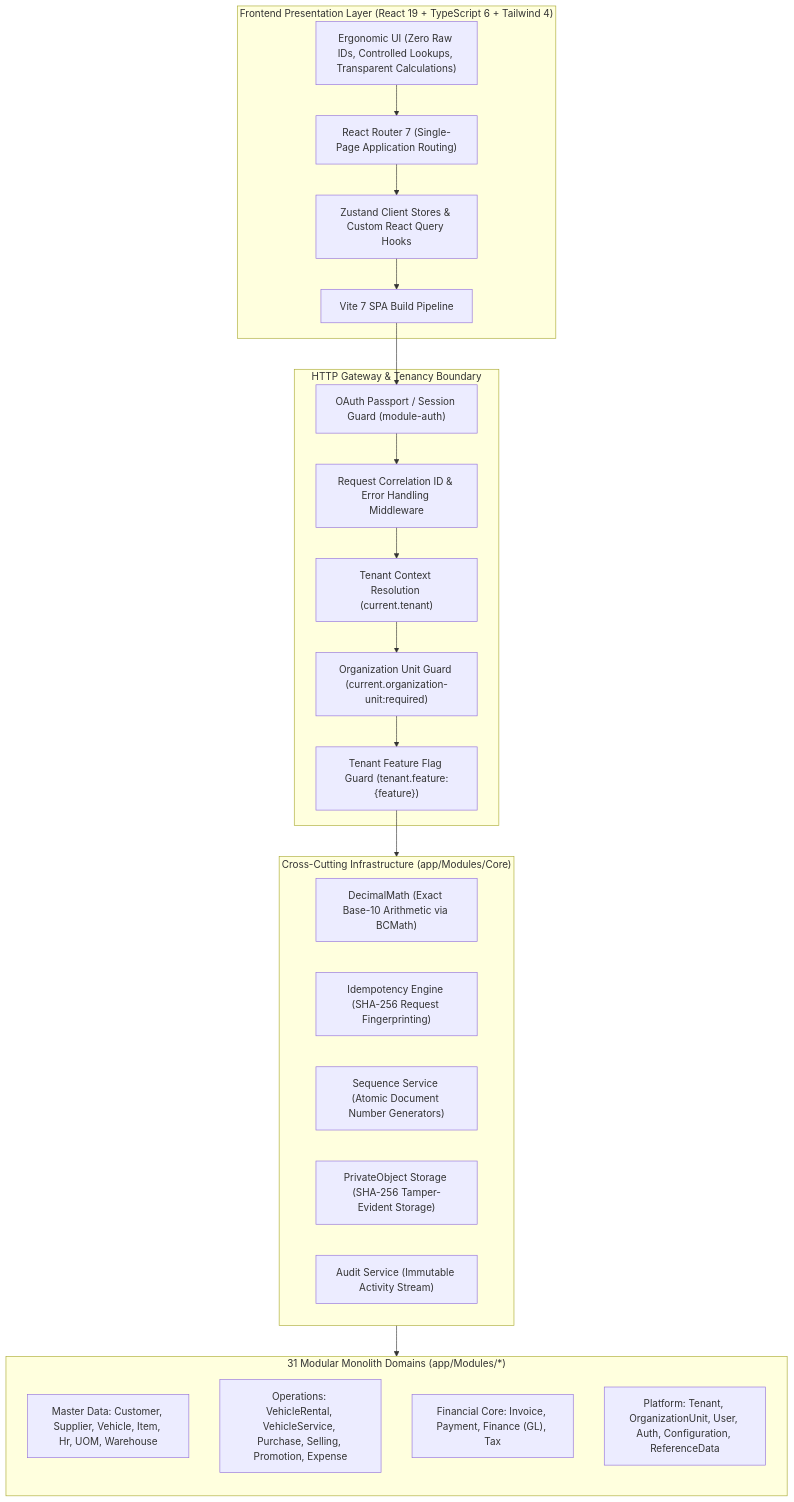
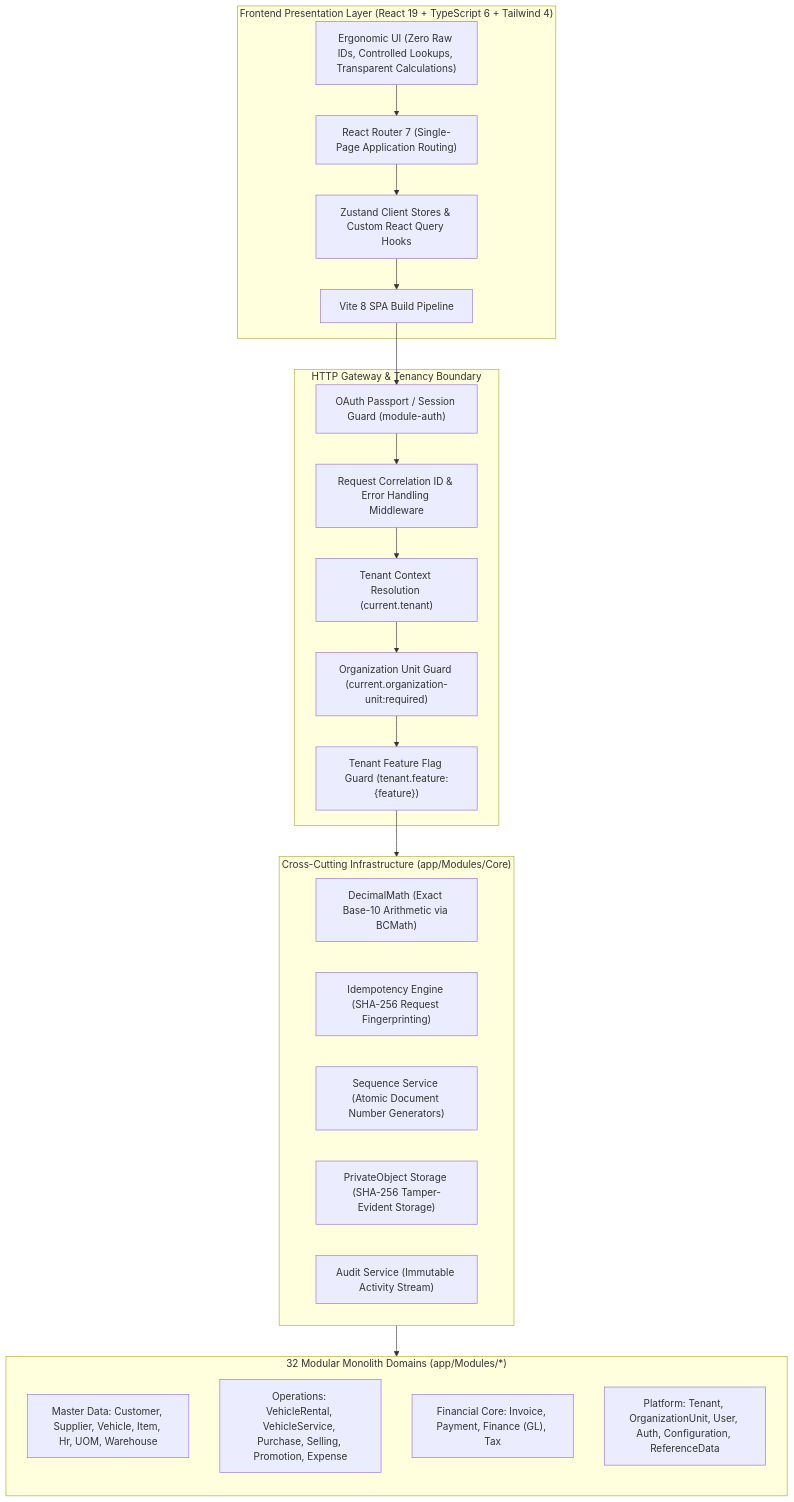
One commit to kasunvimarshana/AutoERP changed the first of 3 diagrams in docs/knowledgebase.md. Above: the diagram before and after it, drawn with Mermaid. The commit also changed other lines of this file and 51 other files, not shown here.

````diff
--- a/docs/knowledgebase.md
+++ b/docs/knowledgebase.md
@@ -45,44 +45,44 @@
 ```mermaid
 flowchart TD
     subgraph Client["Frontend Presentation Layer (React 19 + TypeScript 6 + Tailwind 4)"]
         UI["Ergonomic UI (Zero Raw IDs, Controlled Lookups, Transparent Calculations)"]
         ROUTER["React Router 7 (Single-Page Application Routing)"]
         STATE["Zustand Client Stores & Custom React Query Hooks"]
-        VITE["Vite 7 SPA Build Pipeline"]
+        VITE["Vite 8 SPA Build Pipeline"]
         UI --> ROUTER
         ROUTER --> STATE
         STATE --> VITE
     end
 
     subgraph Gateway["HTTP Gateway & Tenancy Boundary"]
         AUTH_MID["OAuth Passport / Session Guard (module-auth)"]
         CORRELATION["Request Correlation ID & Error Handling Middleware"]
         TENANT_MID["Tenant Context Resolution (current.tenant)"]
         ORG_MID["Organization Unit Guard (current.organization-unit:required)"]
         FEATURE_MID["Tenant Feature Flag Guard (tenant.feature:{feature})"]
         VITE --> AUTH_MID
         AUTH_MID --> CORRELATION
         CORRELATION --> TENANT_MID
         TENANT_MID --> ORG_MID
         ORG_MID --> FEATURE_MID
     end
 
     subgraph CoreFoundation["Cross-Cutting Infrastructure (app/Modules/Core)"]
         DECIMAL["DecimalMath (Exact Base-10 Arithmetic via BCMath)"]
         IDEMP["Idempotency Engine (SHA-256 Request Fingerprinting)"]
         SEQ["Sequence Service (Atomic Document Number Generators)"]
         PRIV["PrivateObject Storage (SHA-256 Tamper-Evident Storage)"]
         AUDIT["Audit Service (Immutable Activity Stream)"]
     end
 
-    subgraph DomainModules["31 Modular Monolith Domains (app/Modules/*)"]
+    subgraph DomainModules["32 Modular Monolith Domains (app/Modules/*)"]
         direction TB
         MASTER["Master Data: Customer, Supplier, Vehicle, Item, Hr, UOM, Warehouse"]
         OPERATIONS["Operations: VehicleRental, VehicleService, Purchase, Selling, Promotion, Expense"]
         FINANCE["Financial Core: Invoice, Payment, Finance (GL), Tax"]
         PLATFORM["Platform: Tenant, OrganizationUnit, User, Auth, Configuration, ReferenceData"]
     end
 
     FEATURE_MID --> CoreFoundation
     CoreFoundation --> DomainModules
 ```
````
